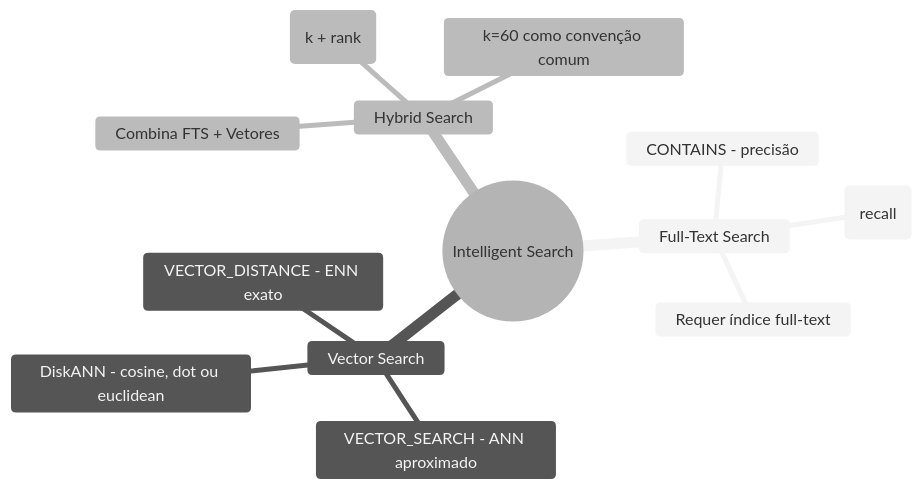
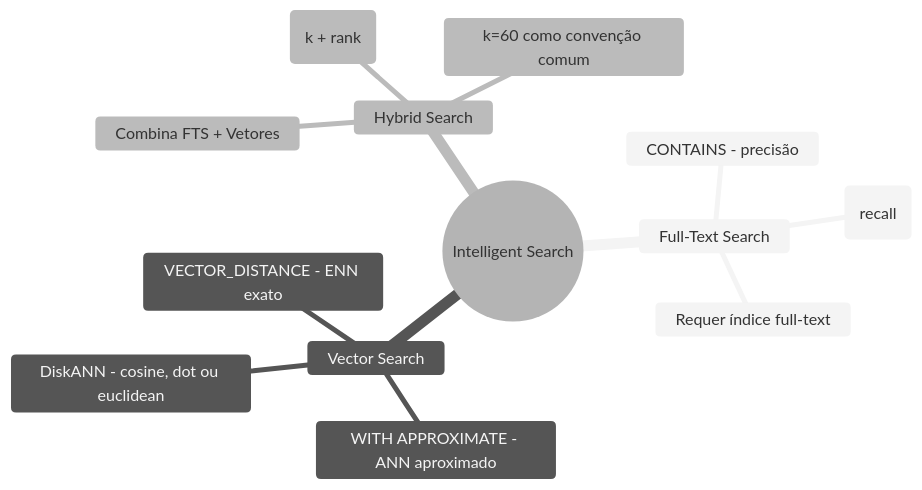
Before and after one commit to jucelinoss/dp-800-study-guide: the first of 2 diagrams in i18n/pt-BR/certification/10-intelligent-search/intelligent-search.md, drawn with Mermaid (neutral theme). The commit also changed other lines of this file and 13 other files, not shown here.

````diff
--- a/i18n/pt-BR/certification/10-intelligent-search/intelligent-search.md
+++ b/i18n/pt-BR/certification/10-intelligent-search/intelligent-search.md
@@ -33,16 +33,16 @@
 ```mermaid
 mindmap
   root((Intelligent Search))
     Full-Text Search
       CONTAINS - precisão
       FREETEXT - abrangência (recall)
       Requer índice full-text
     Vector Search
       VECTOR_DISTANCE - ENN exato
-      VECTOR_SEARCH - ANN aproximado
+      WITH APPROXIMATE - ANN aproximado
       DiskANN - cosine, dot ou euclidean
     Hybrid Search
       Combina FTS + Vetores
       RRF = 1/(k + rank)
       k=60 como convenção comum
 ```
````
